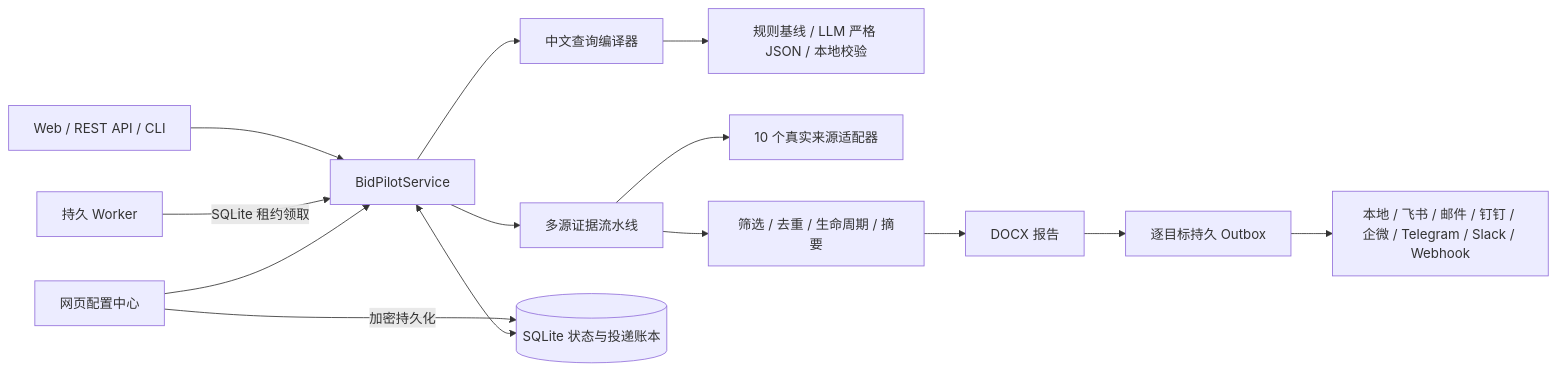
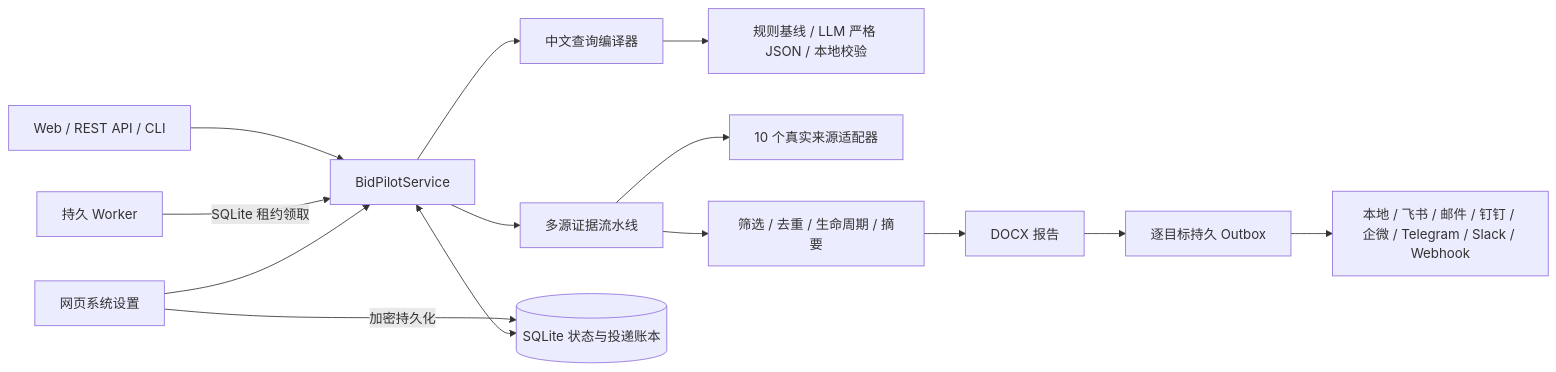
The diagram in README.md (gitchw/bidpilot), drawn with Mermaid before and after one commit. The commit also changed other lines of this file and 55 other files, not shown here.

````diff
--- a/README.md
+++ b/README.md
@@ -36,16 +26,16 @@
 ```mermaid
 flowchart LR
     U["Web / REST API / CLI"] --> S["BidPilotService"]
     W["持久 Worker"] -->|"SQLite 租约领取"| S
     S --> Q["中文查询编译器"]
     Q --> H["规则基线 / LLM 严格 JSON / 本地校验"]
     S --> P["多源证据流水线"]
     P --> A["10 个真实来源适配器"]
     P --> N["筛选 / 去重 / 生命周期 / 摘要"]
     N --> R["DOCX 报告"]
     R --> O["逐目标持久 Outbox"]
     O --> D["本地 / 飞书 / 邮件 / 钉钉 / 企微 / Telegram / Slack / Webhook"]
-    C["网页配置中心"] -->|"加密持久化"| DB
+    C["网页系统设置"] -->|"加密持久化"| DB
     C --> S
     S <--> DB[("SQLite 状态与投递账本")]
 ```
````
